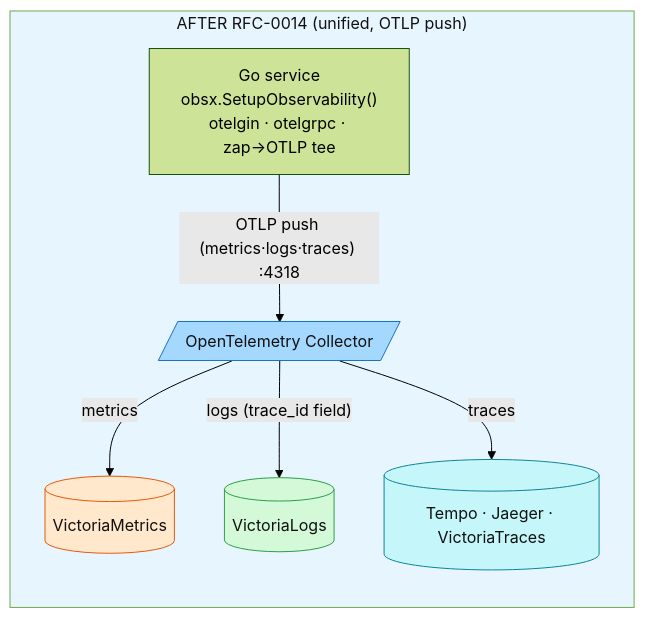
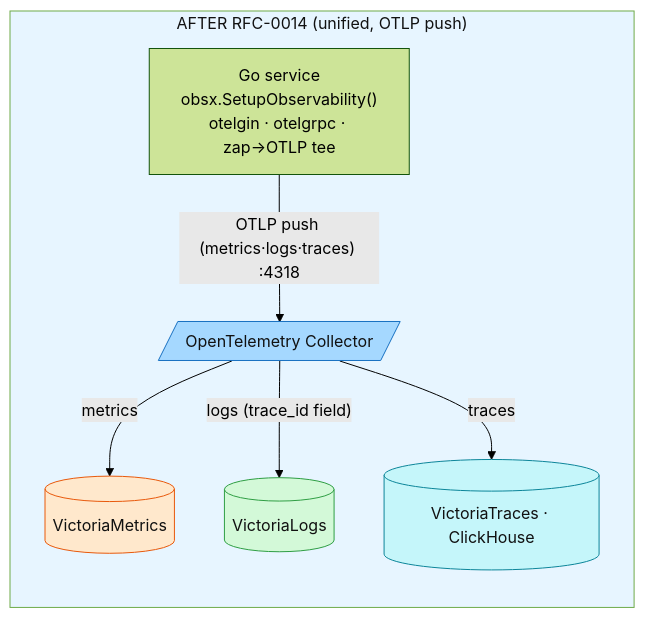
Before and after one commit to duynhlab/homelab: the third of 8 diagrams in docs/observability/opentelemetry/fundamentals.md, drawn with Mermaid (forest theme). The commit also changed other lines of this file and 57 other files, not shown here.

````diff
--- a/docs/observability/opentelemetry/fundamentals.md
+++ b/docs/observability/opentelemetry/fundamentals.md
@@ -195,24 +197,24 @@
 ```mermaid
 flowchart TB
     subgraph NEW["AFTER RFC-0014 (unified, OTLP push)"]
         direction TB
         svcN["Go service<br/>obsx.SetupObservability()<br/>otelgin · otelgrpc · zap→OTLP tee"]
         col[/"OpenTelemetry Collector"/]
         vmN[(VictoriaMetrics)]
         vlN[(VictoriaLogs)]
-        tN[(Tempo · Jaeger · VictoriaTraces)]
+        tN[(VictoriaTraces · ClickHouse)]
         svcN -->|"OTLP push (metrics·logs·traces) :4318"| col
         col -->|"metrics"| vmN
         col -->|"logs (trace_id field)"| vlN
         col -->|"traces"| tN
     end
     classDef otc fill:#a5d8ff,stroke:#1971c2,color:#111;
     classDef metric fill:#ffe8cc,stroke:#e8590c,color:#111;
     classDef log fill:#d3f9d8,stroke:#2f9e44,color:#111;
     classDef trace fill:#c5f6fa,stroke:#0c8599,color:#111;
     class col otc;
     class vmN metric;
     class vlN log;
     class tN trace;
     style NEW fill:#e7f5ff,color:#111;
 ```
````
